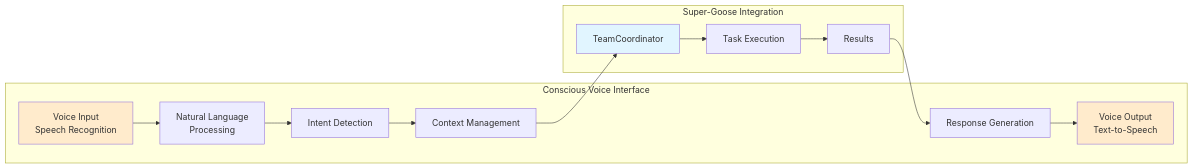
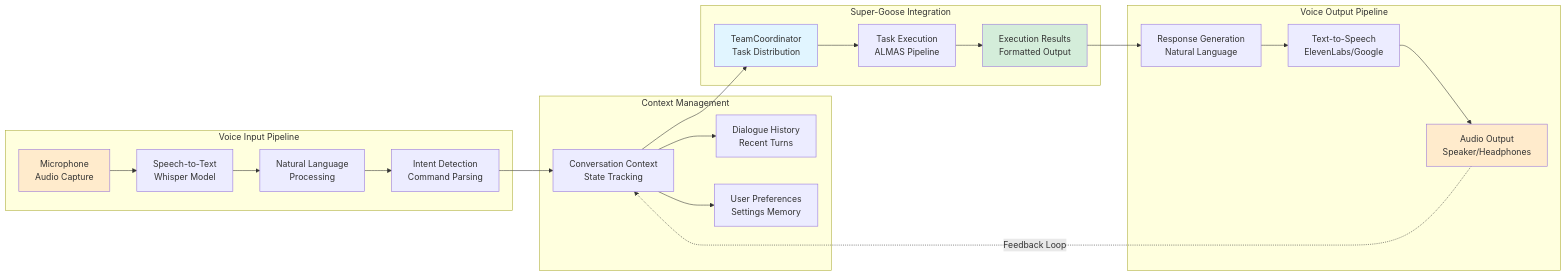
The sixth of 7 diagrams in README.md (Ghenghis/Super-Goose), drawn with Mermaid before and after one commit. The commit also changed other lines of this file, not shown here.

````diff
--- a/README.md
+++ b/README.md
@@ -691,30 +1866,50 @@
 ```mermaid
 graph LR
-    subgraph "Conscious Voice Interface"
-        A[Voice Input<br/>Speech Recognition]
-        B[Natural Language<br/>Processing]
-        C[Intent Detection]
-        D[Context Management]
-        E[Response Generation]
-        F[Voice Output<br/>Text-to-Speech]
+    subgraph "Voice Input Pipeline"
+        MIC[Microphone<br/>Audio Capture]
+        STT[Speech-to-Text<br/>Whisper Model]
+        NLP[Natural Language<br/>Processing]
+        INTENT[Intent Detection<br/>Command Parsing]
+    end
+
+    subgraph "Context Management"
+        CTX[Conversation Context<br/>State Tracking]
+        HIST[Dialogue History<br/>Recent Turns]
+        MEM[User Preferences<br/>Settings Memory]
     end
 
     subgraph "Super-Goose Integration"
-        G[TeamCoordinator]
-        H[Task Execution]
-        I[Results]
+        TC[TeamCoordinator<br/>Task Distribution]
+        EXEC[Task Execution<br/>ALMAS Pipeline]
+        RESULT[Execution Results<br/>Formatted Output]
     end
 
-    A --> B
-    B --> C
-    C --> D
-    D --> G
-    G --> H
-    H --> I
-    I --> E
-    E --> F
+    subgraph "Voice Output Pipeline"
+        FORMAT[Response Generation<br/>Natural Language]
+        TTS[Text-to-Speech<br/>ElevenLabs/Google]
+        SPEAK[Audio Output<br/>Speaker/Headphones]
+    end
 
-    style A fill:#ffebcc
-    style F fill:#ffebcc
-    style G fill:#e1f5ff
+    MIC --> STT
+    STT --> NLP
+    NLP --> INTENT
+
+    INTENT --> CTX
+    CTX --> HIST
+    CTX --> MEM
+
+    CTX --> TC
+    TC --> EXEC
+    EXEC --> RESULT
+
+    RESULT --> FORMAT
+    FORMAT --> TTS
+    TTS --> SPEAK
+
+    SPEAK -.Feedback Loop.-> CTX
+
+    style MIC fill:#ffebcc
+    style SPEAK fill:#ffebcc
+    style TC fill:#e1f5ff
+    style RESULT fill:#d4edda
 ```
````
